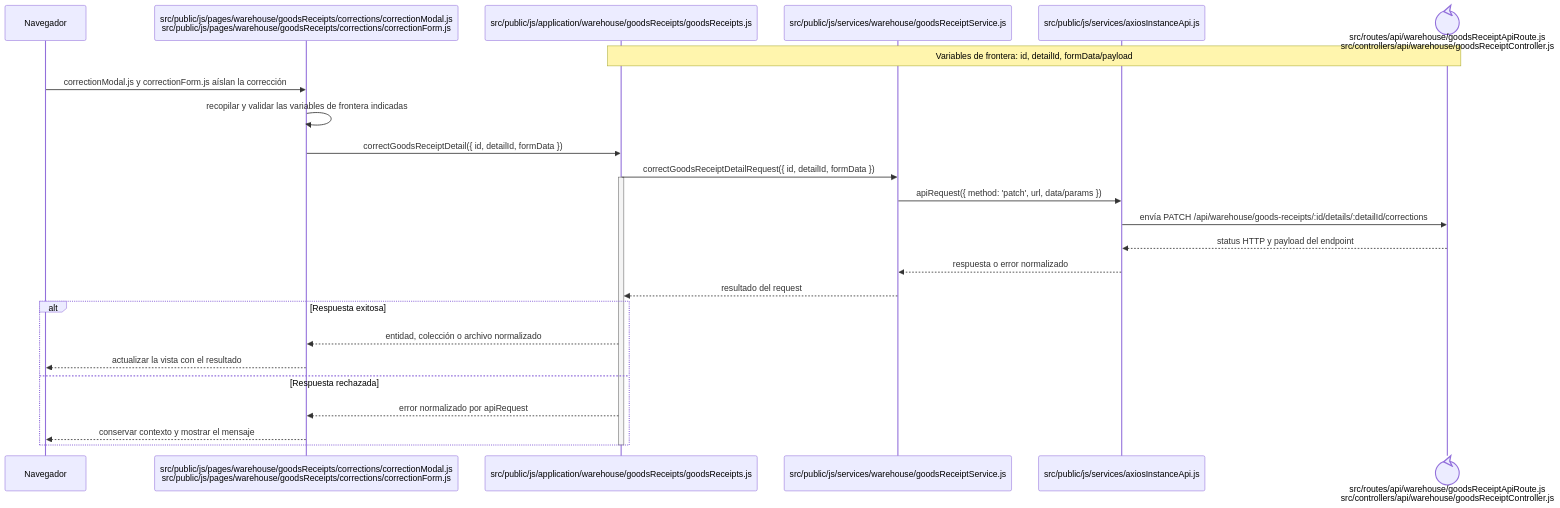
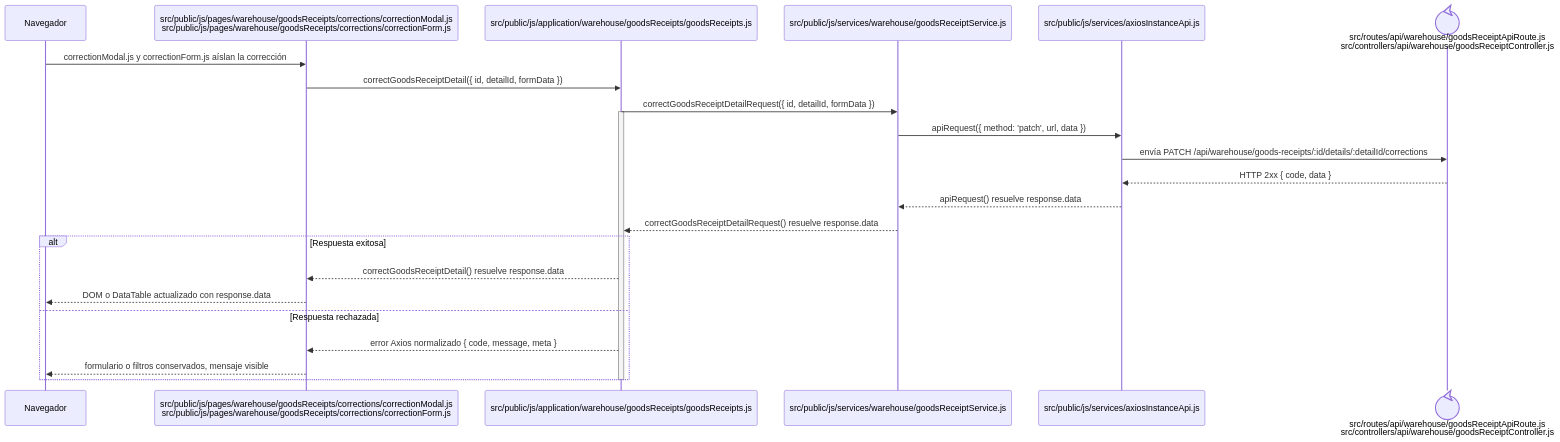
The diagram in docs/architecture/frontend-code-sequences/purchases/cu-ent-04.md (gpgsistemas01/nexus), drawn with Mermaid before and after one commit. The commit also changed 148 other files, not shown here.

````diff
--- a/docs/architecture/frontend-code-sequences/purchases/cu-ent-04.md
+++ b/docs/architecture/frontend-code-sequences/purchases/cu-ent-04.md
@@ -6,29 +6,27 @@
 ```mermaid
 sequenceDiagram
     participant Browser as Navegador
     participant View as src/public/js/pages/warehouse/goodsReceipts/corrections/correctionModal.js<br/>src/public/js/pages/warehouse/goodsReceipts/corrections/correctionForm.js
     participant Application as src/public/js/application/warehouse/goodsReceipts/goodsReceipts.js
     participant Request as src/public/js/services/warehouse/goodsReceiptService.js
     participant HTTP as src/public/js/services/axiosInstanceApi.js
     participant Transport@{ "type": "control" } as src/routes/api/warehouse/goodsReceiptApiRoute.js<br/>src/controllers/api/warehouse/goodsReceiptController.js
-    Note over Application,Transport: Variables de frontera: id, detailId, formData/payload
 
     Browser->>View: correctionModal.js y correctionForm.js aíslan la corrección
-    View->>View: recopilar y validar las variables de frontera indicadas
     View->>Application: correctGoodsReceiptDetail({ id, detailId, formData })
     Application->>Request: correctGoodsReceiptDetailRequest({ id, detailId, formData })
     activate Application
-    Request->>HTTP: apiRequest({ method: 'patch', url, data/params })
+    Request->>HTTP: apiRequest({ method: 'patch', url, data })
     HTTP->>Transport: envía PATCH /api/warehouse/goods-receipts/:id/details/:detailId/corrections
-    Transport-->>HTTP: status HTTP y payload del endpoint
-    HTTP-->>Request: respuesta o error normalizado
-    Request-->>Application: resultado del request
+    Transport-->>HTTP: HTTP 2xx { code, data }
+    HTTP-->>Request: apiRequest() resuelve response.data
+    Request-->>Application: correctGoodsReceiptDetailRequest() resuelve response.data
     alt Respuesta exitosa
-        Application-->>View: entidad, colección o archivo normalizado
-        View-->>Browser: actualizar la vista con el resultado
+        Application-->>View: correctGoodsReceiptDetail() resuelve response.data
+        View-->>Browser: DOM o DataTable actualizado con response.data
     else Respuesta rechazada
-        Application-->>View: error normalizado por apiRequest
-        View-->>Browser: conservar contexto y mostrar el mensaje
+        Application-->>View: error Axios normalizado { code, message, meta }
+        View-->>Browser: formulario o filtros conservados, mensaje visible
     end
     deactivate Application
 ```
````
